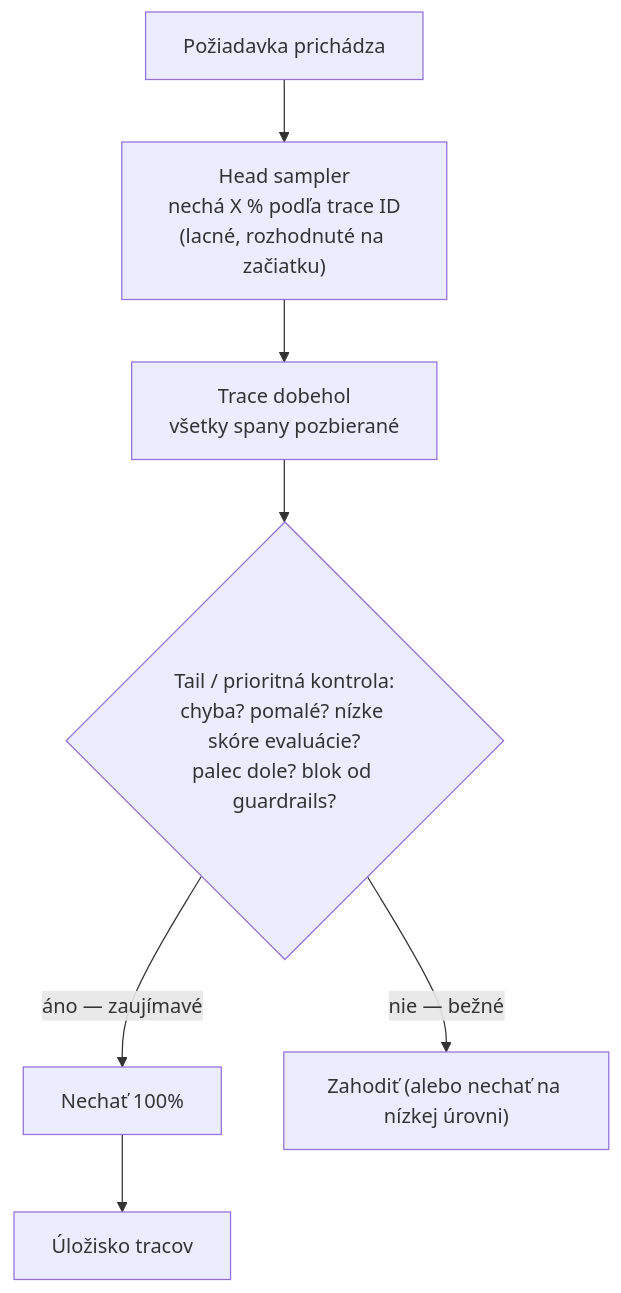
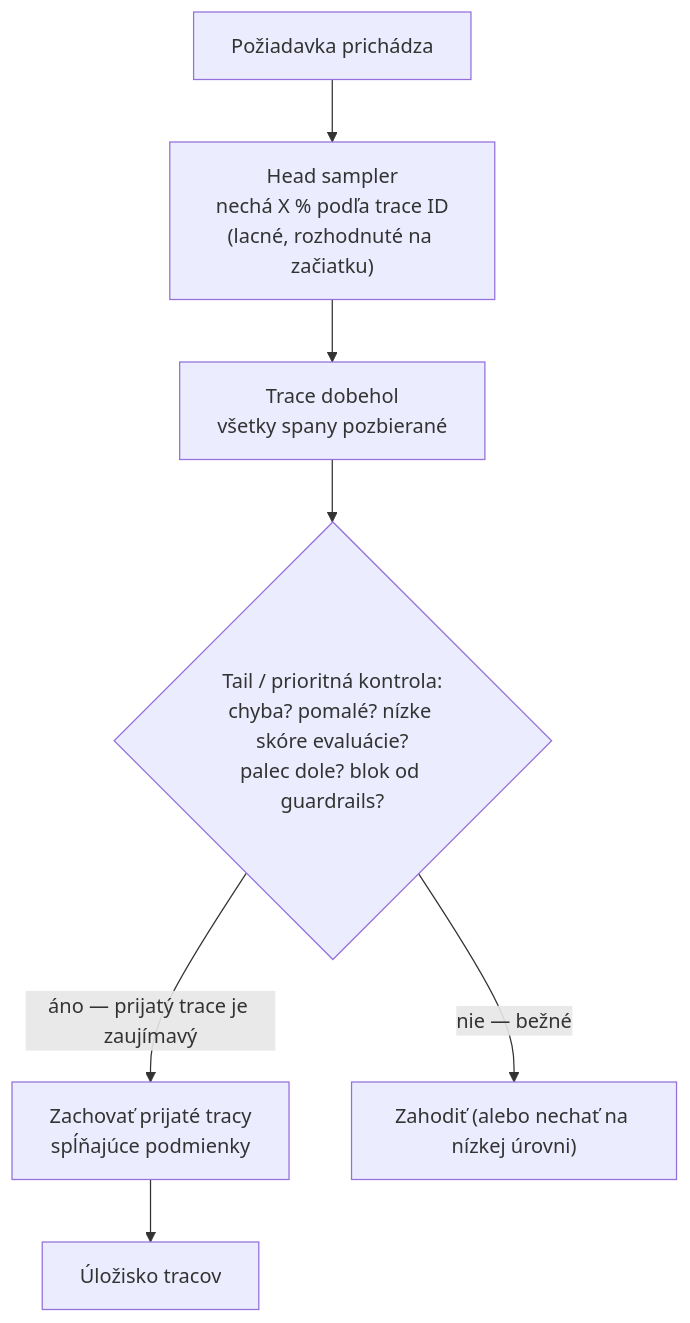
The first of 2 diagrams in i18n/sk/docusaurus-plugin-content-docs/current/part-1-rag/cross-cutting/observability/deep-dive.md (NikolaiSachok/ai-engineering-handbook), drawn with Mermaid before and after one commit. The commit also changed other lines of this file and 94 other files, not shown here.

````diff
--- a/i18n/sk/docusaurus-plugin-content-docs/current/part-1-rag/cross-cutting/observability/deep-dive.md
+++ b/i18n/sk/docusaurus-plugin-content-docs/current/part-1-rag/cross-cutting/observability/deep-dive.md
@@ -35,9 +35,9 @@
 ```mermaid
 flowchart TB
   Q["Požiadavka prichádza"] --> H["Head sampler<br/>nechá X % podľa trace ID<br/>(lacné, rozhodnuté na začiatku)"]
   H --> C["Trace dobehol<br/>všetky spany pozbierané"]
   C --> T{"Tail / prioritná kontrola:<br/>chyba? pomalé? nízke skóre evaluácie?<br/>palec dole? blok od guardrails?"}
-  T -->|"áno — zaujímavé"| K["Nechať 100%"]
+  T -->|"áno — prijatý trace je zaujímavý"| K["Zachovať prijaté tracy<br/>spĺňajúce podmienky"]
   T -->|"nie — bežné"| D["Zahodiť (alebo nechať na nízkej úrovni)"]
   K --> S["Úložisko tracov"]
 ```
````
